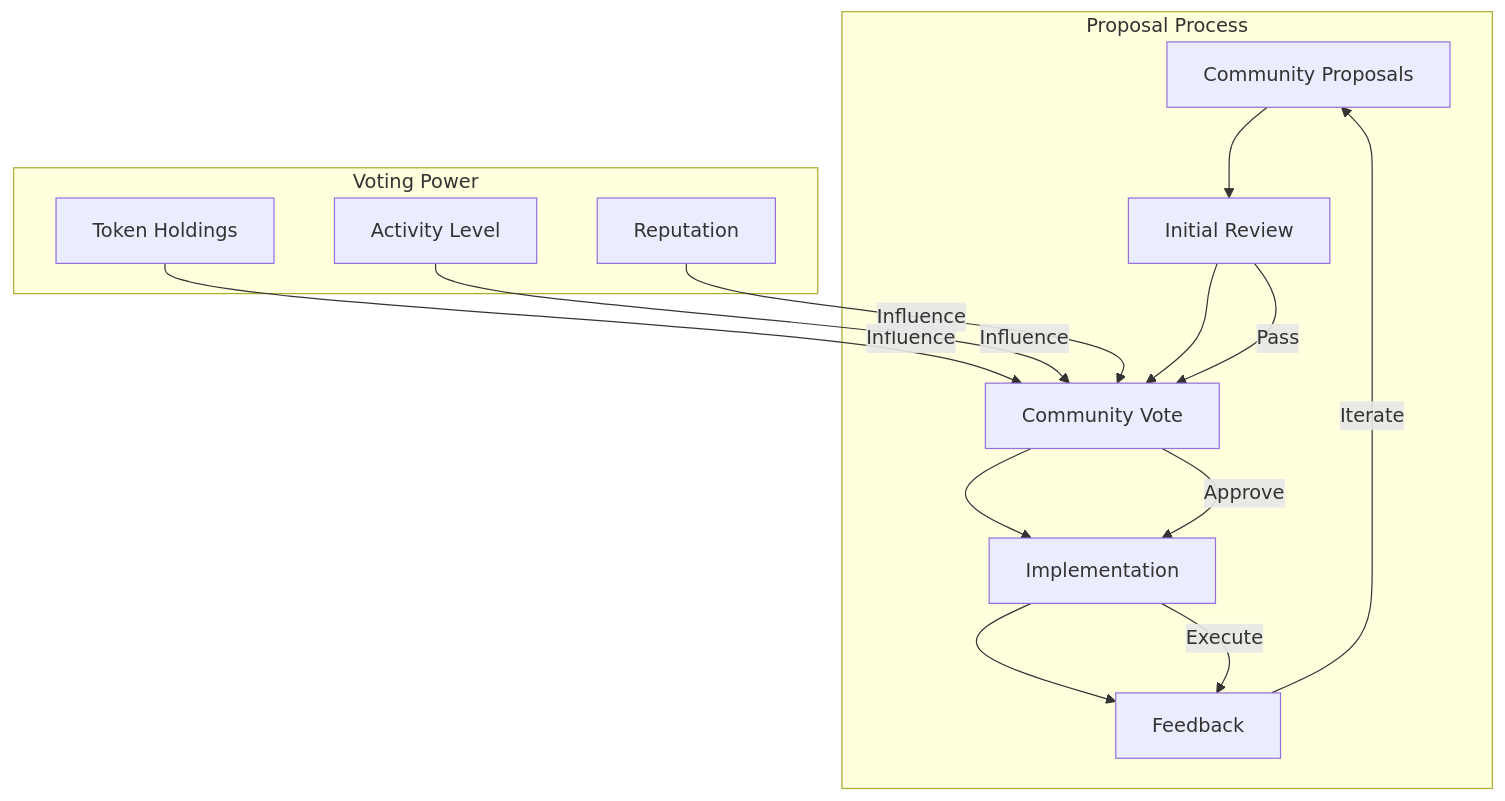
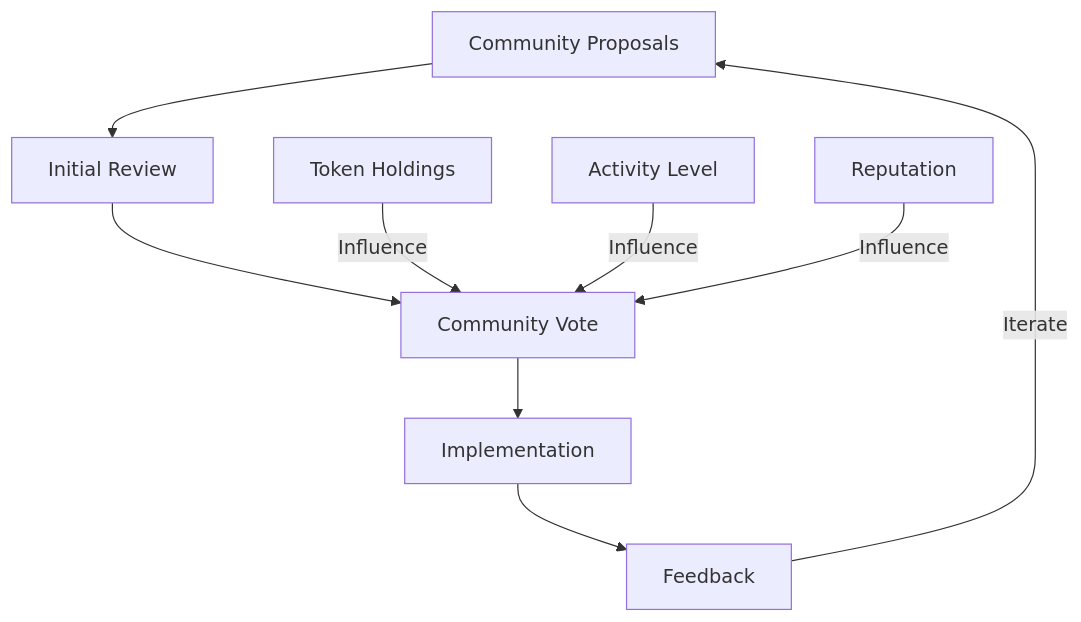
The second of 18 diagrams in docs/whitepaper/community-ecosystem.md (MEMEFANS/memefans), drawn with Mermaid before and after one commit. The commit also changed other lines of this file, not shown here.

Commit message:
fix: simplify mermaid diagrams by removing subgraphs

````diff
--- a/docs/whitepaper/community-ecosystem.md
+++ b/docs/whitepaper/community-ecosystem.md
@@ -41,20 +41,12 @@
 ```mermaid
 flowchart TD
-    subgraph Proposal Process
-        CP[Community Proposals] --> IR[Initial Review]
-        IR --> CV[Community Vote]
-        CV --> IM[Implementation]
-        IM --> FB[Feedback]
-        FB -->|Iterate| CP
-    end
-
-    subgraph Voting Power
-        TH[Token Holdings] -->|Influence| CV
-        AL[Activity Level] -->|Influence| CV
-        RP[Reputation] -->|Influence| CV
-    end
-
-    IR -->|Pass| CV
-    CV -->|Approve| IM
-    IM -->|Execute| FB
+    CP[Community Proposals] --> IR[Initial Review]
+    IR --> CV[Community Vote]
+    CV --> IM[Implementation]
+    IM --> FB[Feedback]
+    FB -->|Iterate| CP
+    
+    TH[Token Holdings] -->|Influence| CV
+    AL[Activity Level] -->|Influence| CV
+    RP[Reputation] -->|Influence| CV
 ```
````
